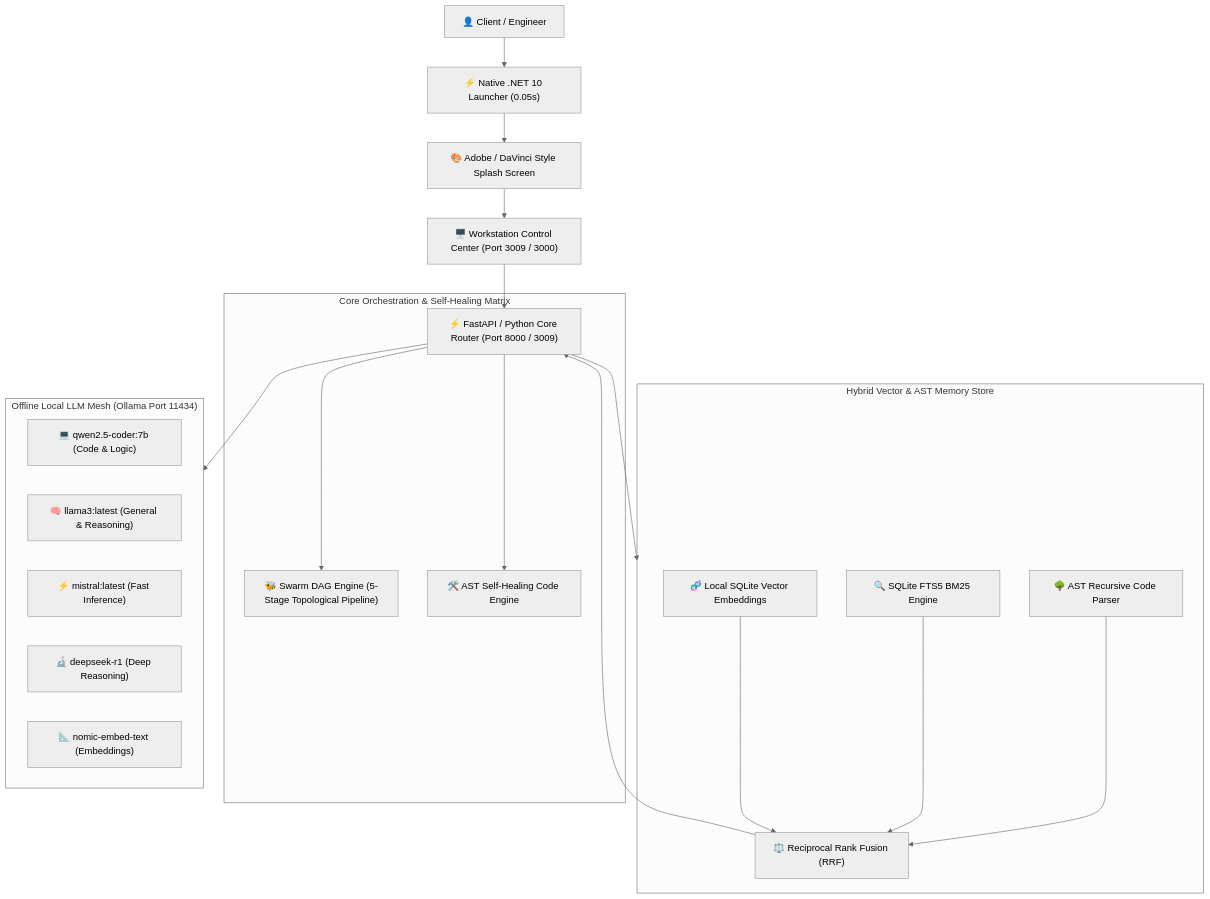
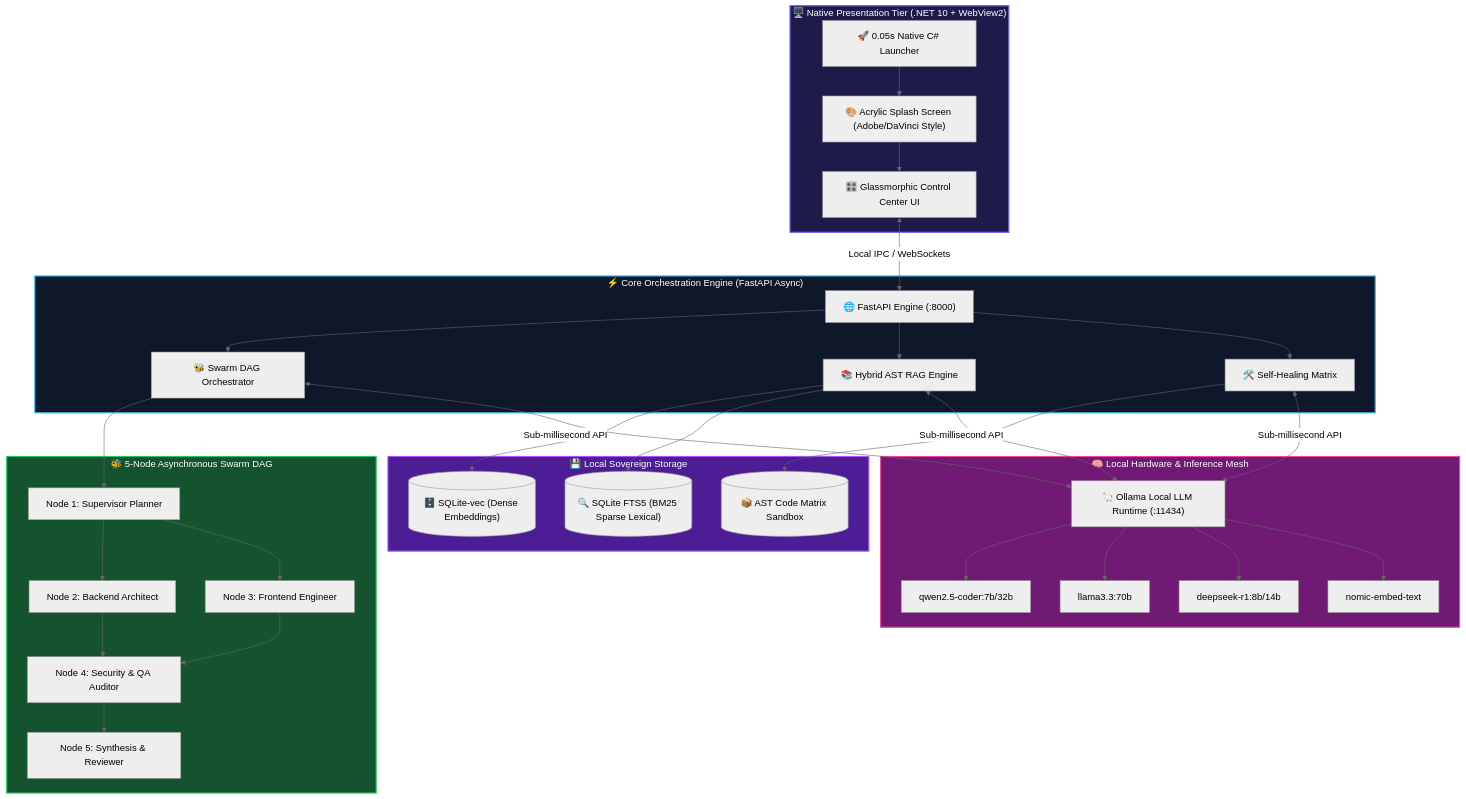
One commit to hsinidev/Personal-Local-AI-Workstation changed the diagram in README.md. Above: the diagram before and after it, drawn with Mermaid (neutral theme). The commit also changed other lines of this file, not shown here.

Commit message:
docs: v2.0.0 masterclass README refactor with pre-built binary distribution, Swarm DAG & AST RAG

````diff
--- a/README.md
+++ b/README.md
@@ -120,38 +87,42 @@
 ```mermaid
-graph TD
-    Client["👤 Client / Engineer"] --> Launcher["⚡ Native .NET 10 Launcher (0.05s)"]
-    Launcher --> Splash["🎨 Adobe / DaVinci Style Splash Screen"]
-    Splash --> UI["🖥️ Workstation Control Center (Port 3009 / 3000)"]
-    
-    subgraph Core_Engine["Core Orchestration & Self-Healing Matrix"]
-        Router["⚡ FastAPI / Python Core Router (Port 8000 / 3009)"]
-        DAG["🐝 Swarm DAG Engine (5-Stage Topological Pipeline)"]
-        Healer["🛠️ AST Self-Healing Code Engine"]
+flowchart TB
+    subgraph UI_LAYER ["🖥️ Native Presentation Tier (.NET 10 + WebView2)"]
+        A["🚀 0.05s Native C# Launcher"] --> B["🎨 Acrylic Splash Screen (Adobe/DaVinci Style)"]
+        B --> C["🎛️ Glassmorphic Control Center UI"]
     end
 
-    subgraph Memory_Layer["Hybrid Vector & AST Memory Store"]
-        AST["🌳 AST Recursive Code Parser"]
-        FTS["🔍 SQLite FTS5 BM25 Engine"]
-        VEC["🧬 Local SQLite Vector Embeddings"]
-        RRF["⚖️ Reciprocal Rank Fusion (RRF)"]
+    subgraph CORE_LAYER ["⚡ Core Orchestration Engine (FastAPI Async)"]
+        C <-->|"Local IPC / WebSockets"| D["🌐 FastAPI Engine (:8000)"]
+        D --> E["🐝 Swarm DAG Orchestrator"]
+        D --> F["📚 Hybrid AST RAG Engine"]
+        D --> G["🛠️ Self-Healing Matrix"]
     end
 
-    subgraph Local_Inference_Mesh["Offline Local LLM Mesh (Ollama Port 11434)"]
-        QWEN["💻 qwen2.5-coder:7b (Code & Logic)"]
-        LLAMA["🧠 llama3:latest (General & Reasoning)"]
-        MISTRAL["⚡ mistral:latest (Fast Inference)"]
-        DEEPSEEK["🔬 deepseek-r1 (Deep Reasoning)"]
-        EMBED["📐 nomic-embed-text (Embeddings)"]
+    subgraph SWARM_DAG ["🐝 5-Node Asynchronous Swarm DAG"]
+        E --> N1["Node 1: Supervisor Planner"]
+        N1 --> N2["Node 2: Backend Architect"]
+        N1 --> N3["Node 3: Frontend Engineer"]
+        N2 & N3 --> N4["Node 4: Security & QA Auditor"]
+        N4 --> N5["Node 5: Synthesis & Reviewer"]
     end
 
-    UI --> Router
-    Router --> DAG
-    Router --> Healer
-    Router --> Memory_Layer
-    Router --> Local_Inference_Mesh
+    subgraph STORAGE_LAYER ["💾 Local Sovereign Storage"]
+        F --> S1[("🗄️ SQLite-vec (Dense Embeddings)")]
+        F --> S2[("🔍 SQLite FTS5 (BM25 Sparse Lexical)")]
+        G --> S3[("📦 AST Code Matrix Sandbox")]
+    end
 
-    AST --> RRF
-    FTS --> RRF
-    VEC --> RRF
-    RRF --> Router
+    subgraph INFERENCE_LAYER ["🧠 Local Hardware & Inference Mesh"]
+        E & F & G <-->|"Sub-millisecond API"| O["🦙 Ollama Local LLM Runtime (:11434)"]
+        O --> M1["qwen2.5-coder:7b/32b"]
+        O --> M2["llama3.3:70b"]
+        O --> M3["deepseek-r1:8b/14b"]
+        O --> M4["nomic-embed-text"]
+    end
+
+    style UI_LAYER fill:#1e1b4b,stroke:#6366f1,stroke-width:2px,color:#fff
+    style CORE_LAYER fill:#0f172a,stroke:#38bdf8,stroke-width:2px,color:#fff
+    style SWARM_DAG fill:#14532d,stroke:#22c55e,stroke-width:2px,color:#fff
+    style STORAGE_LAYER fill:#4c1d95,stroke:#a855f7,stroke-width:2px,color:#fff
+    style INFERENCE_LAYER fill:#701a75,stroke:#ec4899,stroke-width:2px,color:#fff
 ```
````
